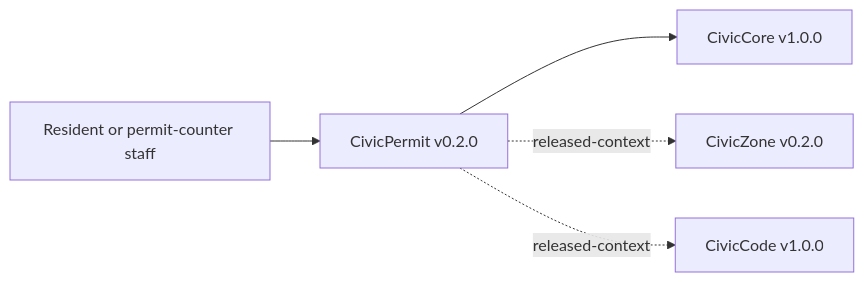
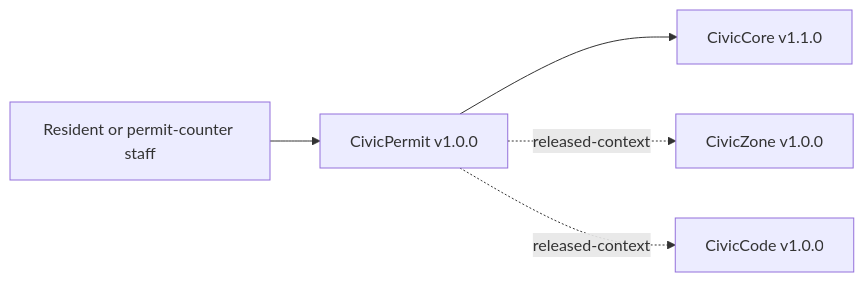
Before and after one commit to CivicSuite/civicpermit: the diagram in USER-MANUAL.md, drawn with Mermaid. The commit also changed other lines of this file and 84 other files, not shown here.

````diff
--- a/USER-MANUAL.md
+++ b/USER-MANUAL.md
@@ -43,7 +43,7 @@
 ```mermaid
 flowchart LR
-  PublicUser["Resident or permit-counter staff"] --> CivicPermit["CivicPermit v0.2.0"]
-  CivicPermit --> CivicCore["CivicCore v1.0.0"]
-  CivicPermit -. released-context .-> CivicZone["CivicZone v0.2.0"]
+  PublicUser["Resident or permit-counter staff"] --> CivicPermit["CivicPermit v1.0.0"]
+  CivicPermit --> CivicCore["CivicCore v1.1.0"]
+  CivicPermit -. released-context .-> CivicZone["CivicZone v1.0.0"]
   CivicPermit -. released-context .-> CivicCode["CivicCode v1.0.0"]
 ```
````
